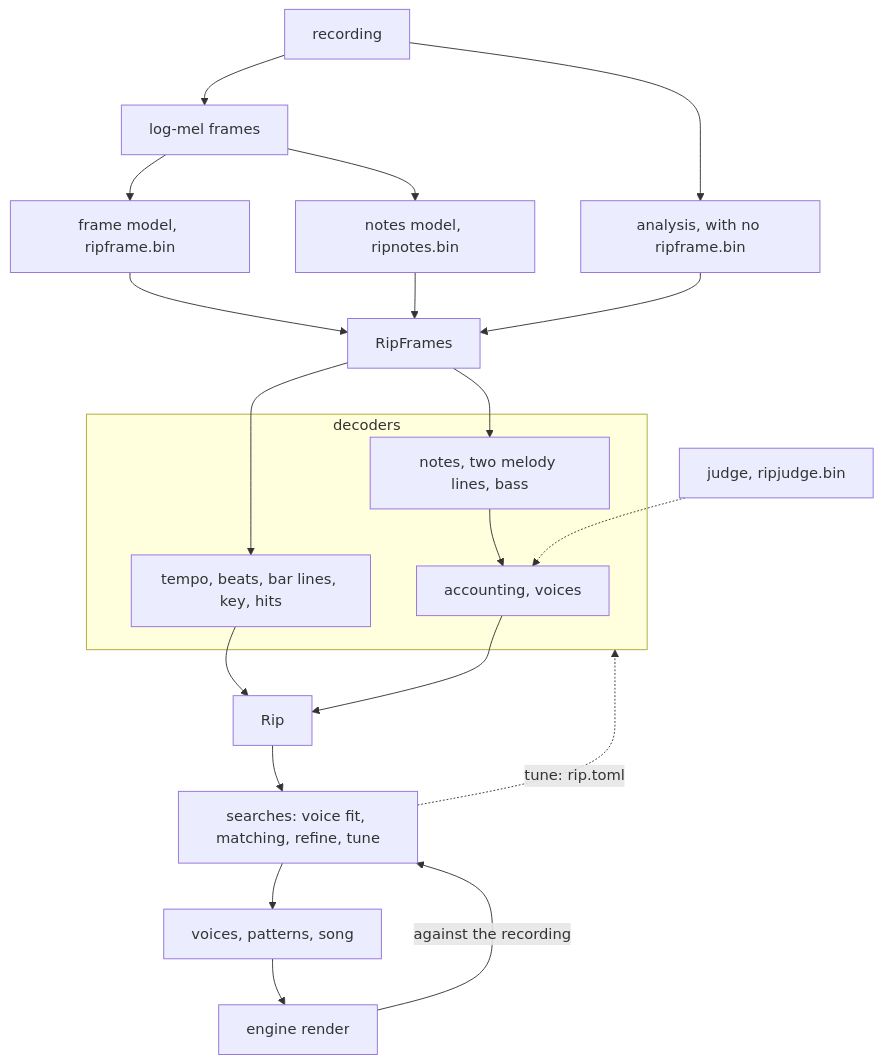
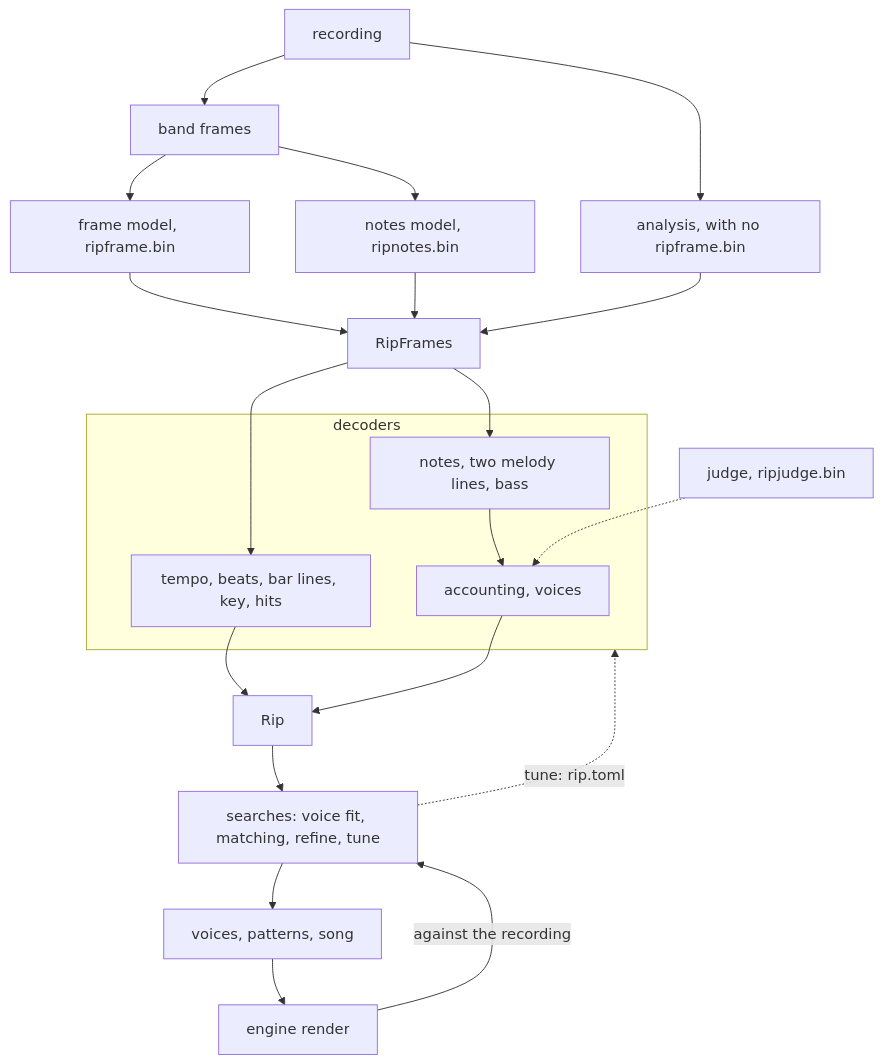
The diagram in doc/rip-design.md (lixenwraith/stapes), drawn with Mermaid before and after one commit. The commit also changed other lines of this file and 20 other files, not shown here.

First line of the commit message:
v0.34.0 corpus and rip-train: the models hear the band frames, every piano key apart, one layout refused by name; a list's velocity word; audio v0.30.0 (#65)

````diff
--- a/doc/rip-design.md
+++ b/doc/rip-design.md
@@ -25,18 +25,18 @@
 ```mermaid
 flowchart TD
-    rec["recording"] --> mel["log-mel frames"]
-    mel --> frame["frame model, ripframe.bin"] --> frames["RipFrames"]
-    mel --> notes["notes model, ripnotes.bin"] --> frames
+    rec["recording"] --> bands["band frames"]
+    bands --> frame["frame model, ripframe.bin"] --> frames["RipFrames"]
+    bands --> notes["notes model, ripnotes.bin"] --> frames
     rec --> ana["analysis, with no ripframe.bin"] --> frames
     subgraph decoders
         grid["tempo, beats, bar lines, key, hits"]
         lines["notes, two melody lines, bass"] --> acc["accounting, voices"]
     end
     frames --> grid & lines
     judge["judge, ripjudge.bin"] -.-> acc
     grid & acc --> rip["Rip"]
     rip --> search["searches: voice fit, matching, refine, tune"]
     search --> song["voices, patterns, song"] --> render["engine render"]
     render -- "against the recording" --> search
     search -. "tune: rip.toml" .-> decoders
 ```
````
